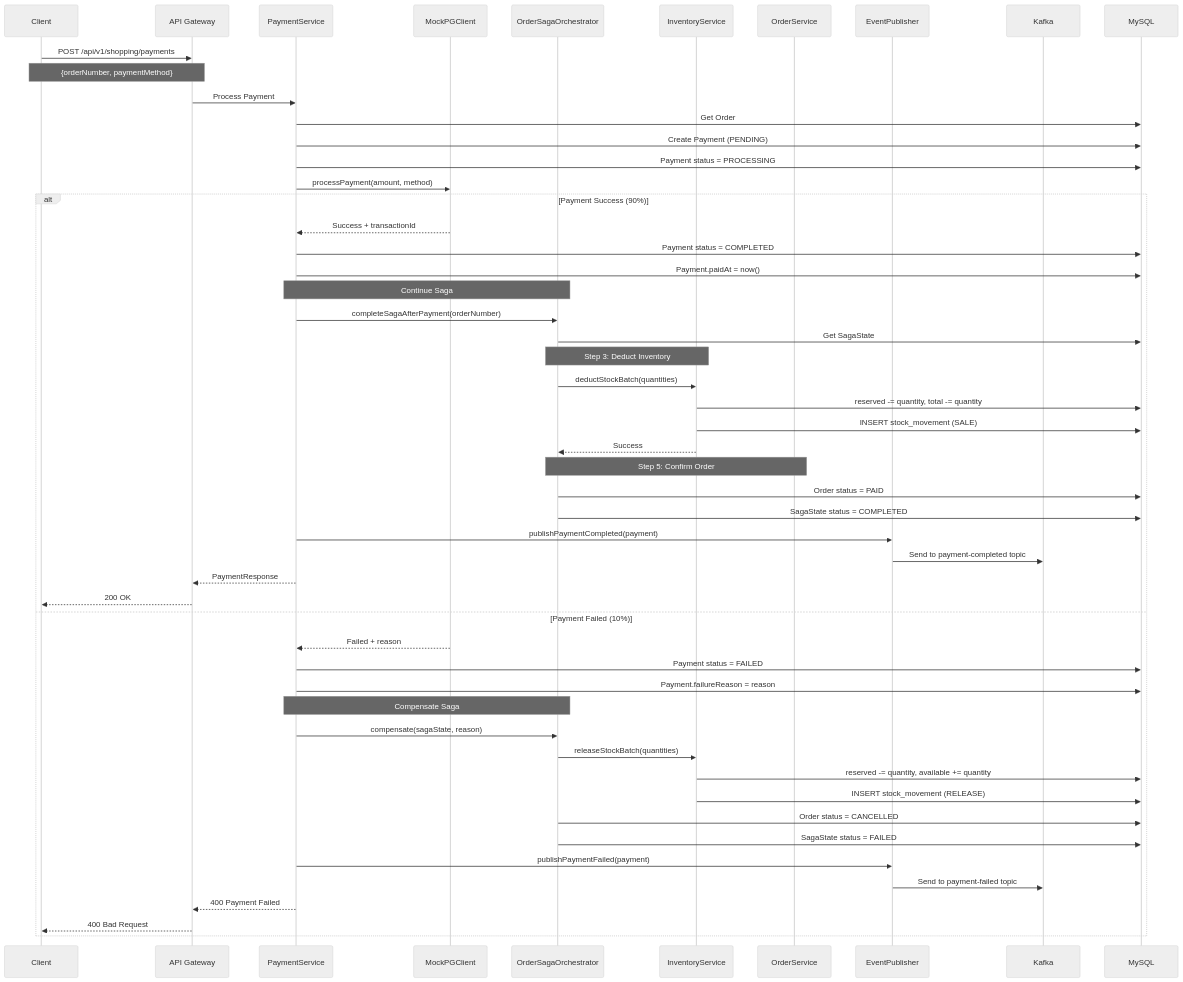
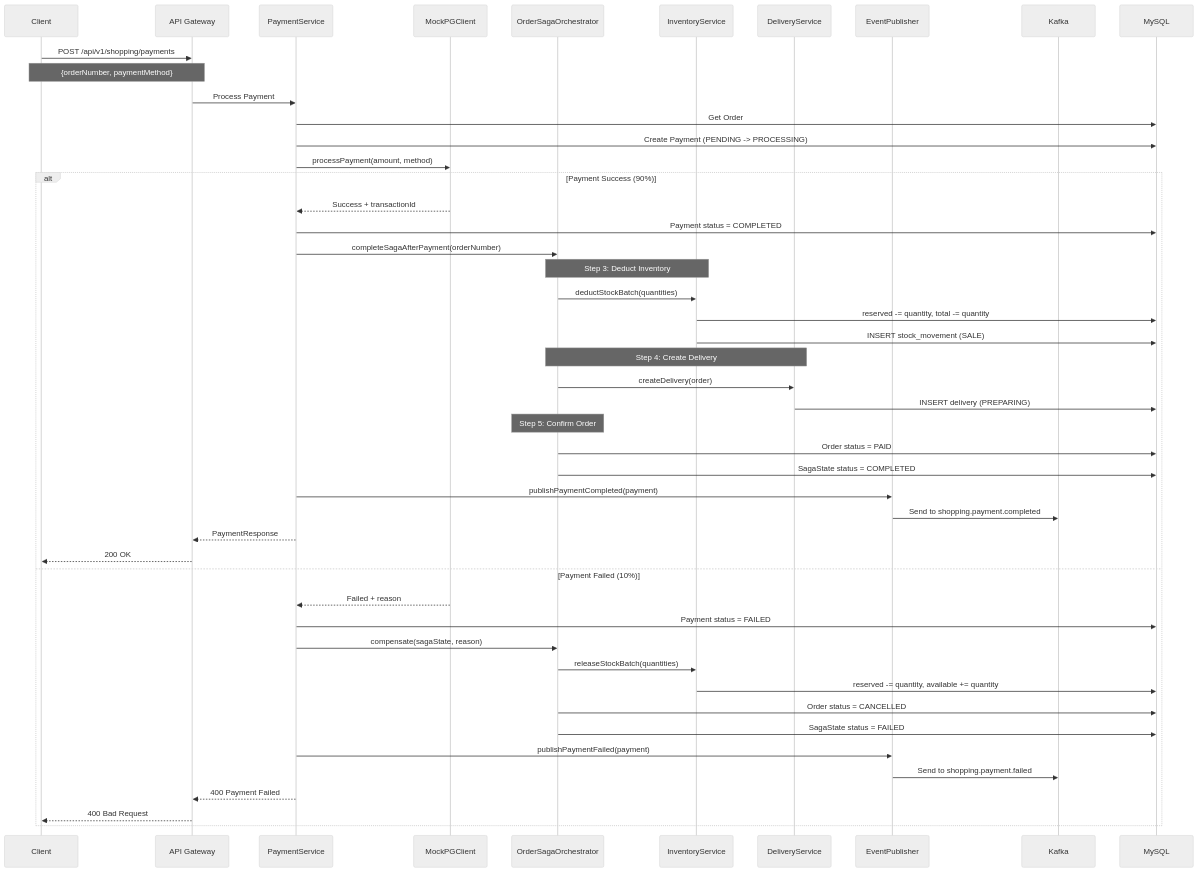
One commit to L-a-z-e/portal-universe changed the fourth of 13 diagrams in docs/architecture/shopping-service/data-flow.md. Above: the diagram before and after it, drawn with Mermaid (neutral theme). The commit also changed other lines of this file and 11 other files, not shown here.

First line of the commit message:
docs(architecture): rewrite shopping-service docs to match actual codebase

````diff
--- a/docs/architecture/shopping-service/data-flow.md
+++ b/docs/architecture/shopping-service/data-flow.md
@@ -148,66 +146,60 @@
 ```mermaid
 sequenceDiagram
     participant C as Client
     participant G as API Gateway
     participant PS as PaymentService
     participant PG as MockPGClient
     participant SAGA as OrderSagaOrchestrator
     participant IS as InventoryService
-    participant OS as OrderService
+    participant DS as DeliveryService
     participant EP as EventPublisher
     participant K as Kafka
     participant DB as MySQL
 
     C->>G: POST /api/v1/shopping/payments
     Note over C,G: {orderNumber, paymentMethod}
     G->>PS: Process Payment
     PS->>DB: Get Order
-    PS->>DB: Create Payment (PENDING)
-    PS->>DB: Payment status = PROCESSING
+    PS->>DB: Create Payment (PENDING -> PROCESSING)
 
     PS->>PG: processPayment(amount, method)
     alt Payment Success (90%)
         PG-->>PS: Success + transactionId
         PS->>DB: Payment status = COMPLETED
-        PS->>DB: Payment.paidAt = now()
 
-        Note over PS,SAGA: Continue Saga
         PS->>SAGA: completeSagaAfterPayment(orderNumber)
-        SAGA->>DB: Get SagaState
 
         Note over SAGA,IS: Step 3: Deduct Inventory
         SAGA->>IS: deductStockBatch(quantities)
         IS->>DB: reserved -= quantity, total -= quantity
         IS->>DB: INSERT stock_movement (SALE)
-        IS-->>SAGA: Success
 
-        Note over SAGA,OS: Step 5: Confirm Order
+        Note over SAGA,DS: Step 4: Create Delivery
+        SAGA->>DS: createDelivery(order)
+        DS->>DB: INSERT delivery (PREPARING)
+
+        Note over SAGA: Step 5: Confirm Order
         SAGA->>DB: Order status = PAID
         SAGA->>DB: SagaState status = COMPLETED
 
         PS->>EP: publishPaymentCompleted(payment)
-        EP->>K: Send to payment-completed topic
-
+        EP->>K: Send to shopping.payment.completed
         PS-->>G: PaymentResponse
         G-->>C: 200 OK
 
     else Payment Failed (10%)
         PG-->>PS: Failed + reason
         PS->>DB: Payment status = FAILED
-        PS->>DB: Payment.failureReason = reason
 
-        Note over PS,SAGA: Compensate Saga
         PS->>SAGA: compensate(sagaState, reason)
         SAGA->>IS: releaseStockBatch(quantities)
         IS->>DB: reserved -= quantity, available += quantity
-        IS->>DB: INSERT stock_movement (RELEASE)
         SAGA->>DB: Order status = CANCELLED
         SAGA->>DB: SagaState status = FAILED
 
         PS->>EP: publishPaymentFailed(payment)
-        EP->>K: Send to payment-failed topic
-
+        EP->>K: Send to shopping.payment.failed
         PS-->>G: 400 Payment Failed
         G-->>C: 400 Bad Request
     end
 ```
````
